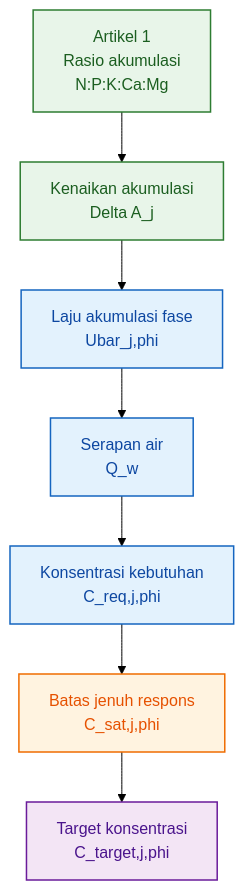
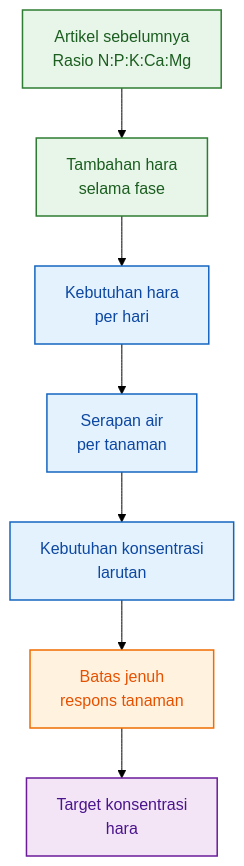
Before and after one commit to slametsampon/kawruhnology: the first of 15 diagrams in content/blog/agri/kebon/model-formula-hara.mdx, drawn with Mermaid (forest theme). The commit also changed other lines of this file and 4 other files, not shown here.

````diff
--- a/content/blog/agri/kebon/model-formula-hara.mdx
+++ b/content/blog/agri/kebon/model-formula-hara.mdx
@@ -267,19 +241,19 @@
 ```mermaid
 flowchart TD
-    A["Artikel 1<br/>Rasio akumulasi<br/>N:P:K:Ca:Mg"] --> B["Kenaikan akumulasi<br/>Delta A_j"]
-    B --> C["Laju akumulasi fase<br/>Ubar_j,phi"]
-    C --> D["Serapan air<br/>Q_w"]
-    D --> E["Konsentrasi kebutuhan<br/>C_req,j,phi"]
-    E --> F["Batas jenuh respons<br/>C_sat,j,phi"]
-    F --> G["Target konsentrasi<br/>C_target,j,phi"]
+    A["Artikel sebelumnya<br/>Rasio N:P:K:Ca:Mg"] --> B["Tambahan hara<br/>selama fase"]
+    B --> C["Kebutuhan hara<br/>per hari"]
+    C --> D["Serapan air<br/>per tanaman"]
+    D --> E["Kebutuhan konsentrasi<br/>larutan"]
+    E --> F["Batas jenuh<br/>respons tanaman"]
+    F --> G["Target konsentrasi<br/>hara"]
 
     classDef sumber fill:#E8F5E9,stroke:#2E7D32,stroke-width:1.5px,color:#1B5E20;
     classDef proses fill:#E3F2FD,stroke:#1565C0,stroke-width:1.5px,color:#0D47A1;
     classDef batas fill:#FFF3E0,stroke:#EF6C00,stroke-width:1.5px,color:#E65100;
     classDef hasil fill:#F3E5F5,stroke:#6A1B9A,stroke-width:1.5px,color:#4A148C;
 
     class A,B sumber;
     class C,D,E proses;
     class F batas;
     class G hasil;
 ```
````
